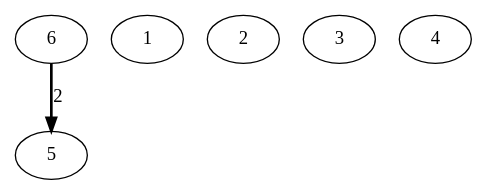
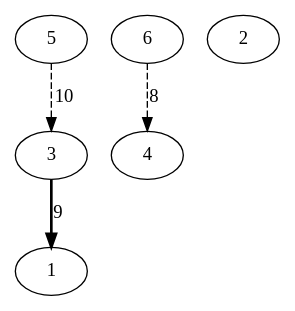
Before and after one commit to Musab1Blaser/DynamicTrees_NF: the diagram in combined_graph.dot, drawn with Graphviz. The commit also changed 5 other files, not shown here.

```diff
--- a/combined_graph.dot
+++ b/combined_graph.dot
@@ -1,9 +1,11 @@
 digraph G {
-6 -> 5 [style=bold, label=2];
+3 -> 1 [style=bold, label=9];
+5 -> 3 [style=dashed, label=10];
+6 -> 4 [style=dashed, label=8];
 1; 
 2; 
 3; 
 4; 
 5; 
 6; 
 }
```
